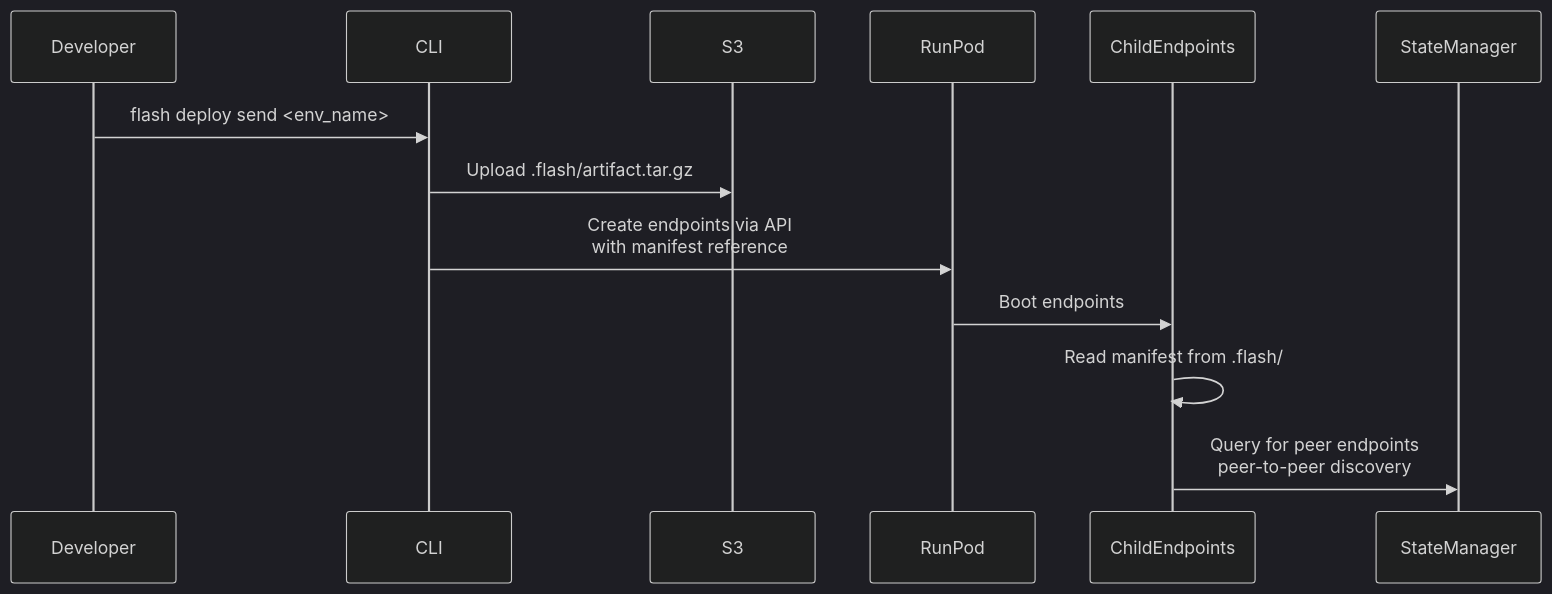
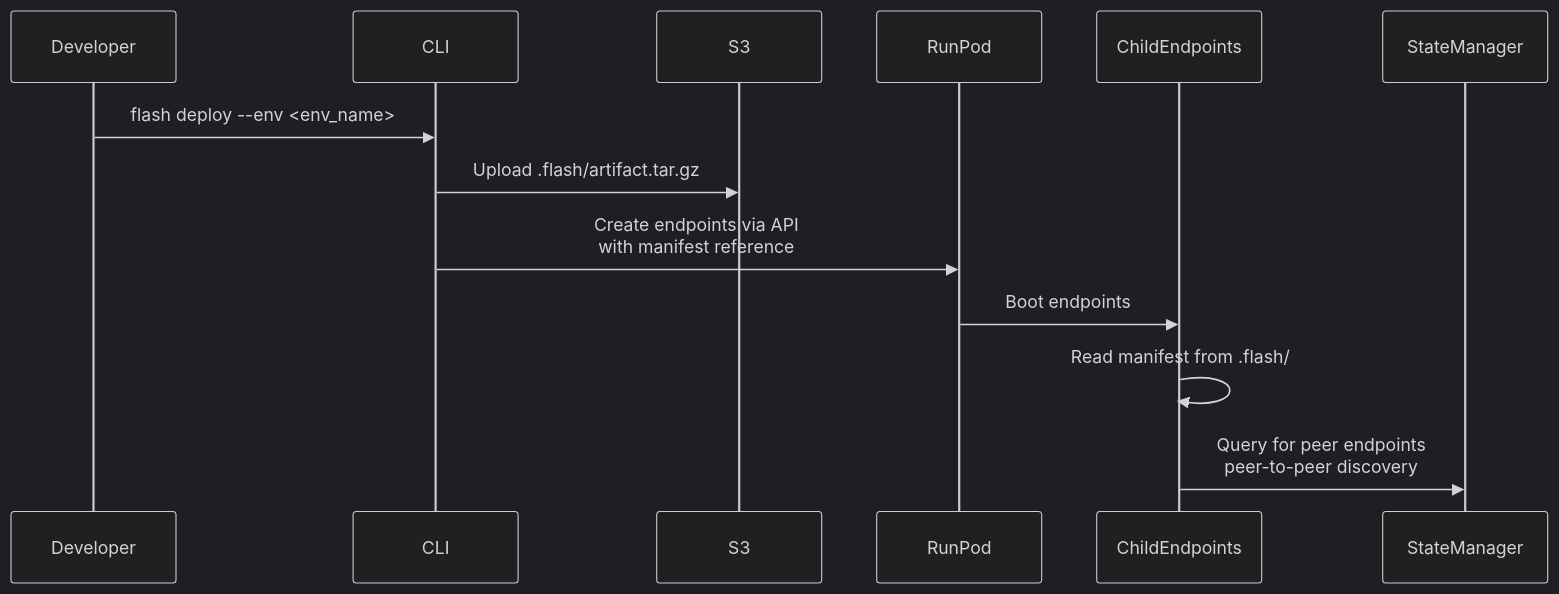
Before and after one commit to runpod/tetra-rp: the third of 9 diagrams in docs/Flash_Deploy_Guide.md, drawn with Mermaid (dark theme). The commit also changed other lines of this file and 2 other files, not shown here.

````diff
--- a/docs/Flash_Deploy_Guide.md
+++ b/docs/Flash_Deploy_Guide.md
@@ -264,9 +262,9 @@
 ```mermaid
 sequenceDiagram
-    Developer->>CLI: flash deploy send <env_name>
+    Developer->>CLI: flash deploy --env <env_name>
     CLI->>S3: Upload .flash/artifact.tar.gz
     CLI->>RunPod: Create endpoints via API<br/>with manifest reference
     RunPod->>ChildEndpoints: Boot endpoints
     ChildEndpoints->>ChildEndpoints: Read manifest from .flash/
     ChildEndpoints->>StateManager: Query for peer endpoints<br/>peer-to-peer discovery
 ```
````
